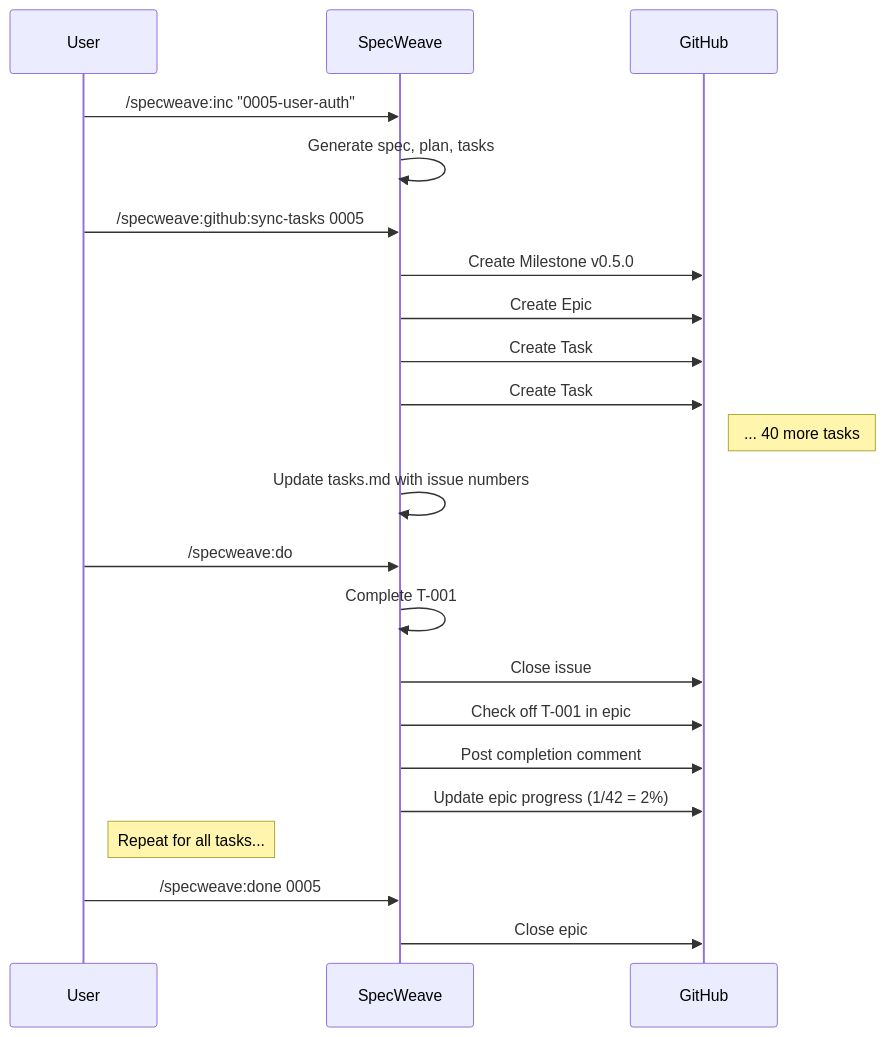
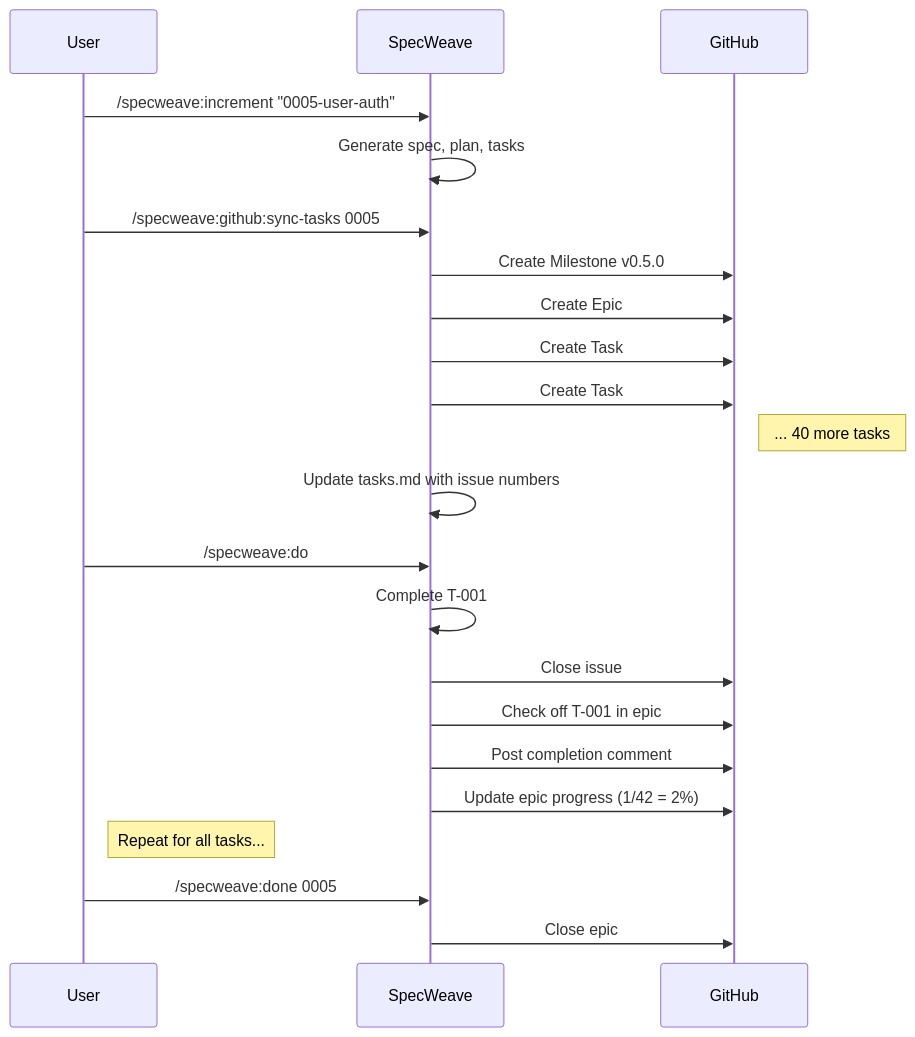
Before and after one commit to anton-abyzov/specweave: the diagram in .specweave/docs/public/guides/github-integration.md, drawn with Mermaid. The commit also changed other lines of this file and 6 other files, not shown here.

````diff
--- a/.specweave/docs/public/guides/github-integration.md
+++ b/.specweave/docs/public/guides/github-integration.md
@@ -281,29 +281,29 @@
 ```mermaid
 sequenceDiagram
     participant User
     participant SpecWeave
     participant GitHub
 
-    User->>SpecWeave: /specweave:inc "0005-user-auth"
+    User->>SpecWeave: /specweave:increment "0005-user-auth"
     SpecWeave->>SpecWeave: Generate spec, plan, tasks
 
     User->>SpecWeave: /specweave:github:sync-tasks 0005
     SpecWeave->>GitHub: Create Milestone v0.5.0
     SpecWeave->>GitHub: Create Epic #42
     SpecWeave->>GitHub: Create Task #43 (T-001)
     SpecWeave->>GitHub: Create Task #44 (T-002)
     Note right of GitHub: ... 40 more tasks
     SpecWeave->>SpecWeave: Update tasks.md with issue numbers
 
     User->>SpecWeave: /specweave:do
     SpecWeave->>SpecWeave: Complete T-001
     SpecWeave->>GitHub: Close issue #43
     SpecWeave->>GitHub: Check off T-001 in epic #42
     SpecWeave->>GitHub: Post completion comment
     SpecWeave->>GitHub: Update epic progress (1/42 = 2%)
 
     Note right of User: Repeat for all tasks...
 
     User->>SpecWeave: /specweave:done 0005
     SpecWeave->>GitHub: Close epic #42
 ```
````
